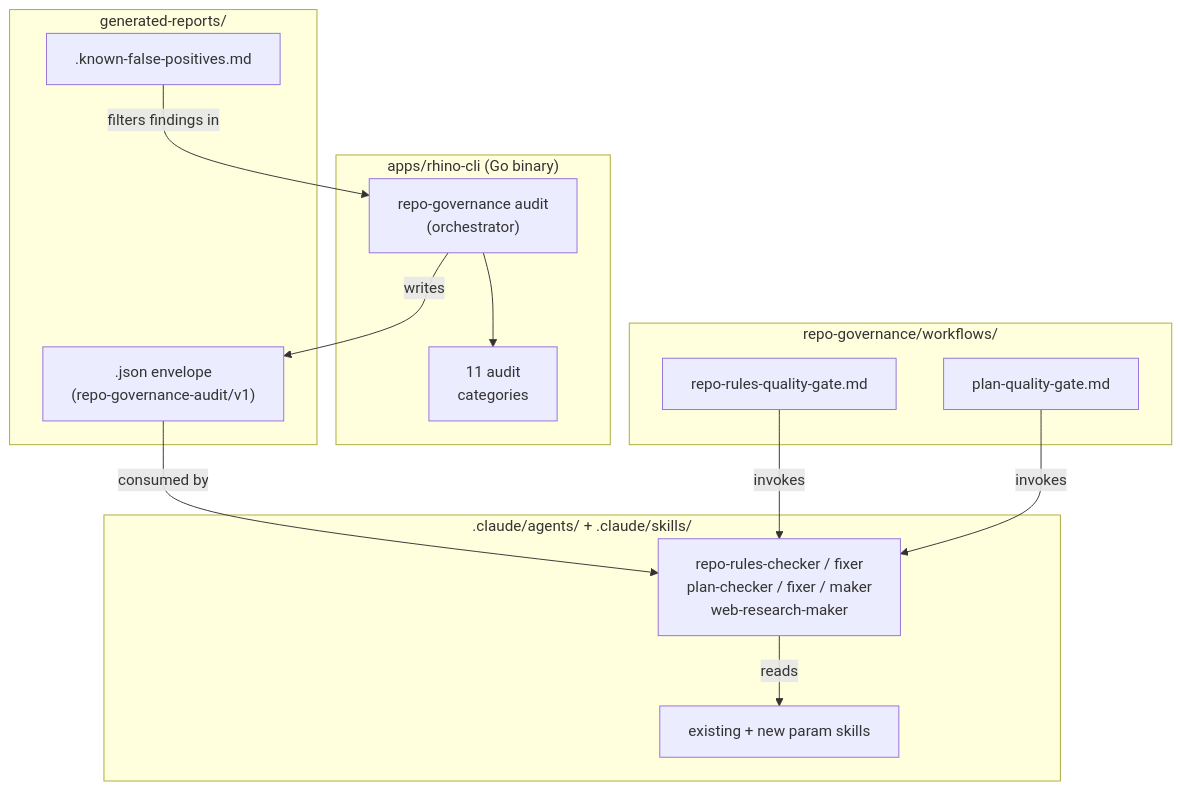
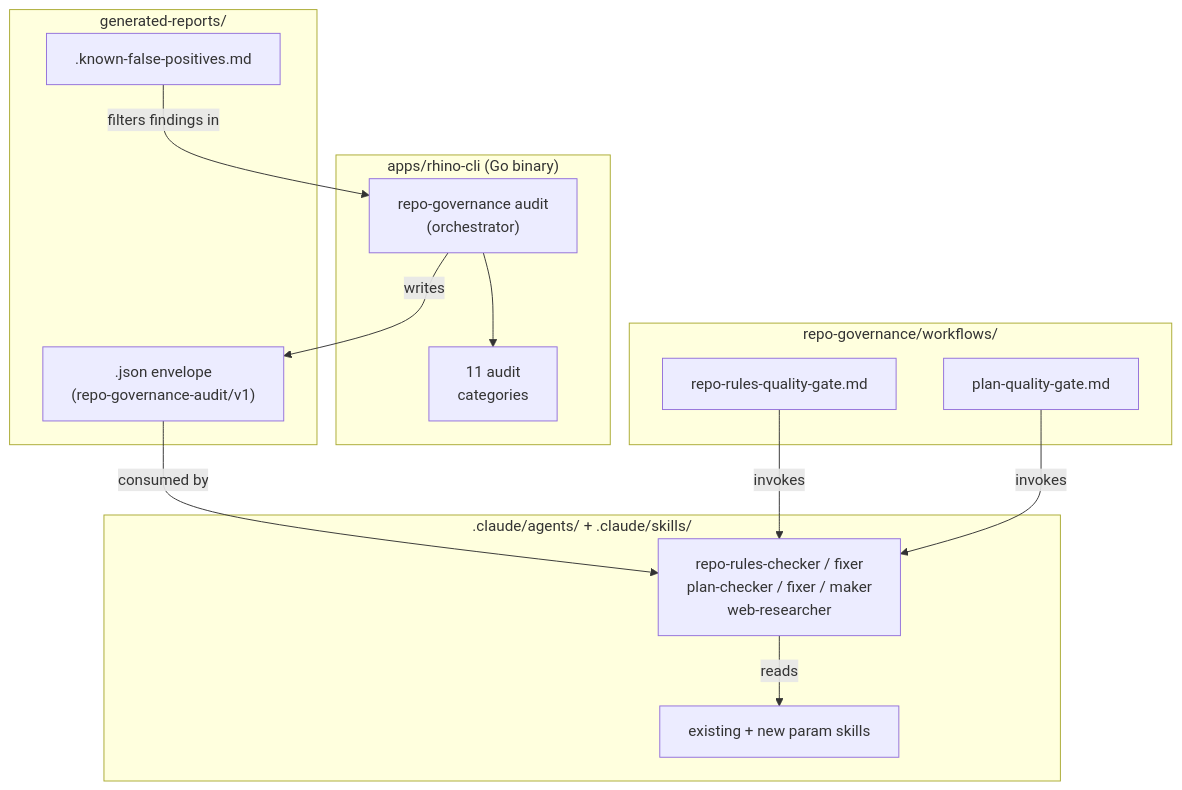
The first of 3 diagrams in plans/done/2026-05-12__complete-repo-rules-zero-findings/tech-docs.md (wahidyankf/baseerah), drawn with Mermaid before and after one commit. The commit also changed 104 other files, not shown here.

First line of the commit message:
feat(agents): rename web-research-maker to web-researcher; add researcher role

````diff
--- a/plans/done/2026-05-12__complete-repo-rules-zero-findings/tech-docs.md
+++ b/plans/done/2026-05-12__complete-repo-rules-zero-findings/tech-docs.md
@@ -7,28 +7,28 @@
 ```mermaid
 flowchart TD
   subgraph rhinoCLI["apps/rhino-cli (Go binary)"]
     orch["repo-governance audit<br/>(orchestrator)"] --> cats["11 audit<br/>categories"]
   end
 
   subgraph workflows["repo-governance/workflows/"]
     rrqg["repo-rules-quality-gate.md"]
     pqg["plan-quality-gate.md"]
   end
 
   subgraph reports["generated-reports/"]
     env["<uuid>.json envelope<br/>(repo-governance-audit/v1)"]
     skip[".known-false-positives.md"]
   end
 
   subgraph agents[".claude/agents/ + .claude/skills/"]
-    a["repo-rules-checker / fixer<br/>plan-checker / fixer / maker<br/>web-research-maker"]
+    a["repo-rules-checker / fixer<br/>plan-checker / fixer / maker<br/>web-researcher"]
     s["existing + new param skills"]
   end
 
   orch -->|writes| env
   env -->|consumed by| a
   skip -->|filters findings in| orch
   rrqg -->|invokes| a
   pqg -->|invokes| a
   a -->|reads| s
 ```
````
